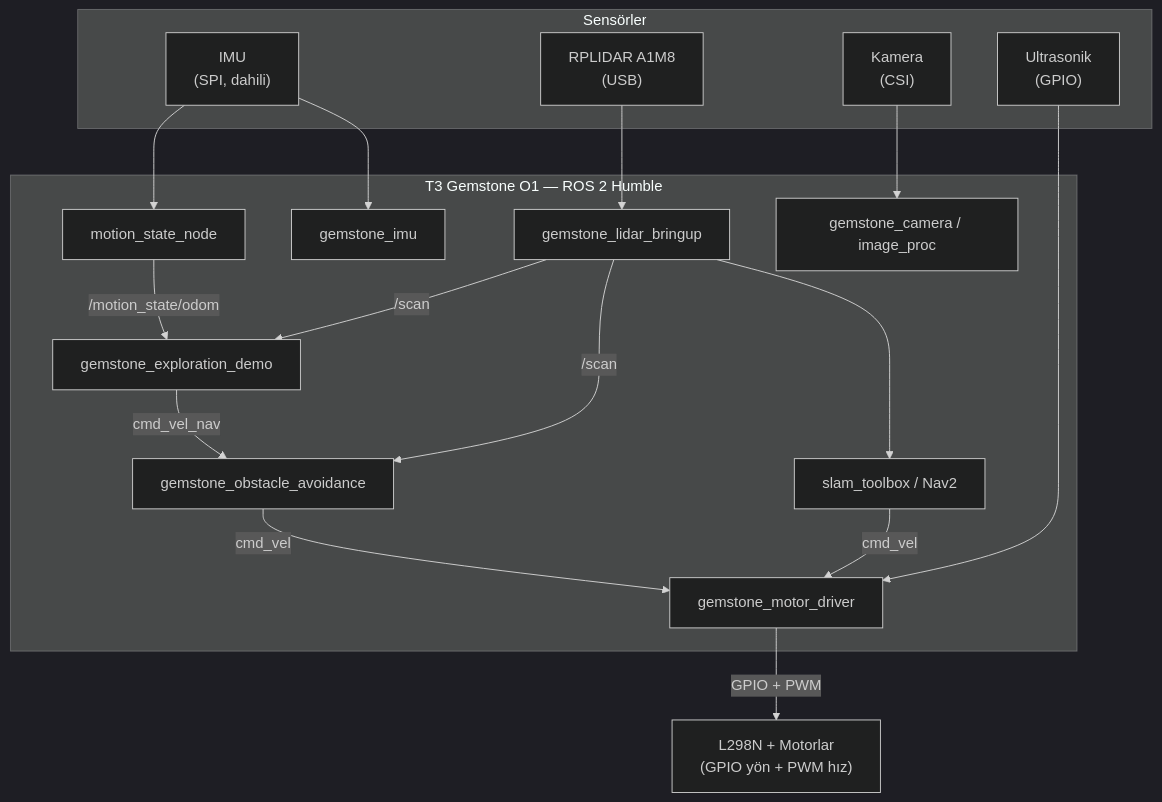
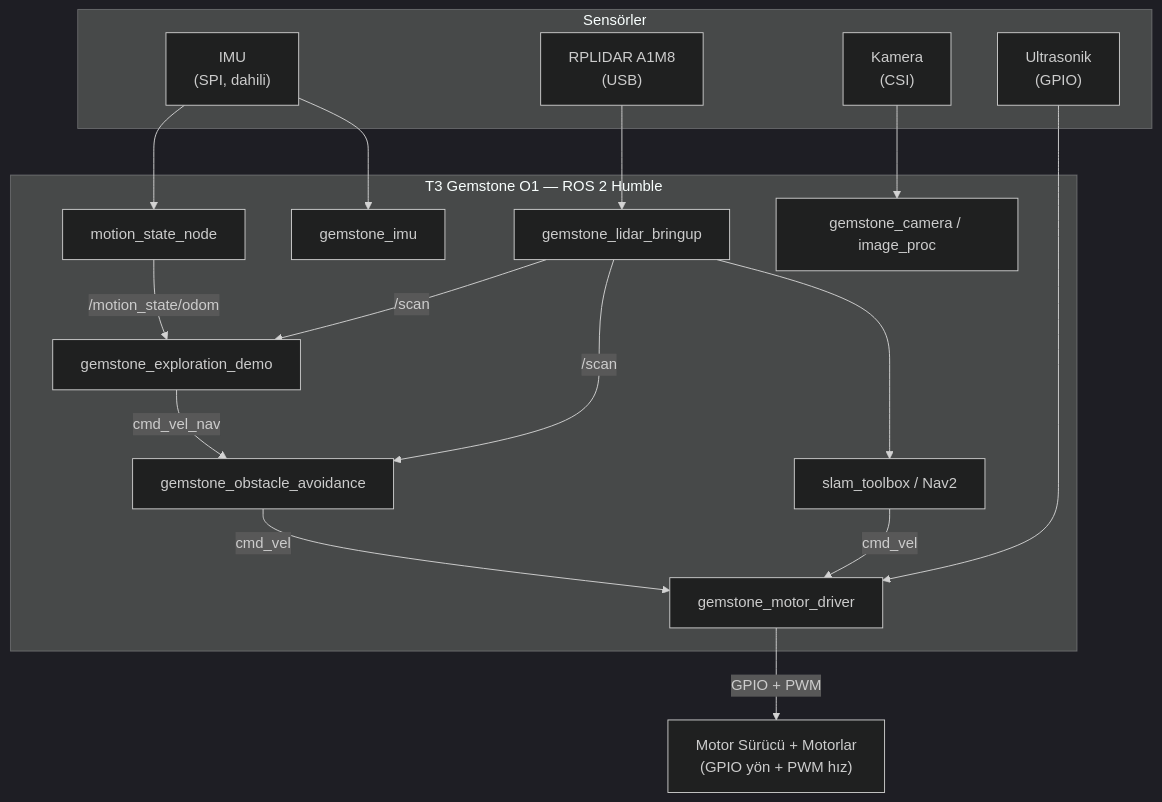
The diagram in tr/projects/ika.mdx (alitalhq/t3-docs), drawn with Mermaid (dark theme) before and after one commit. The commit also changed other lines of this file and 5 other files, not shown here.

````diff
--- a/tr/projects/ika.mdx
+++ b/tr/projects/ika.mdx
@@ -65,37 +56,37 @@
 ```mermaid
 flowchart TB
     subgraph SENSORS["Sensörler"]
         IMU["IMU\n(SPI, dahili)"]
         LIDAR["RPLIDAR A1M8\n(USB)"]
         CAM["Kamera\n(CSI)"]
         US["Ultrasonik\n(GPIO)"]
     end
 
     subgraph O1["T3 Gemstone O1 — ROS 2 Humble"]
         NODE_IMU[gemstone_imu]
         NODE_MOTOR[gemstone_motor_driver]
         NODE_STATE[motion_state_node]
         NODE_LIDAR[gemstone_lidar_bringup]
         NODE_CAM[gemstone_camera / image_proc]
         NODE_AVOID[gemstone_obstacle_avoidance]
         NODE_EXPLORE[gemstone_exploration_demo]
         SLAM[slam_toolbox / Nav2]
     end
 
-    MOTORS["L298N + Motorlar\n(GPIO yön + PWM hız)"]
+    MOTORS["Motor Sürücü + Motorlar\n(GPIO yön + PWM hız)"]
 
     IMU --> NODE_IMU
     IMU --> NODE_STATE
     LIDAR --> NODE_LIDAR
     CAM --> NODE_CAM
     US --> NODE_MOTOR
 
     NODE_LIDAR --> SLAM
     NODE_LIDAR -->|"/scan"| NODE_AVOID
     NODE_LIDAR -->|"/scan"| NODE_EXPLORE
     NODE_STATE -->|"/motion_state/odom"| NODE_EXPLORE
     NODE_EXPLORE -->|"cmd_vel_nav"| NODE_AVOID
     NODE_AVOID -->|"cmd_vel"| NODE_MOTOR
     SLAM -->|"cmd_vel"| NODE_MOTOR
     NODE_MOTOR -->|"GPIO + PWM"| MOTORS
 ```
````
